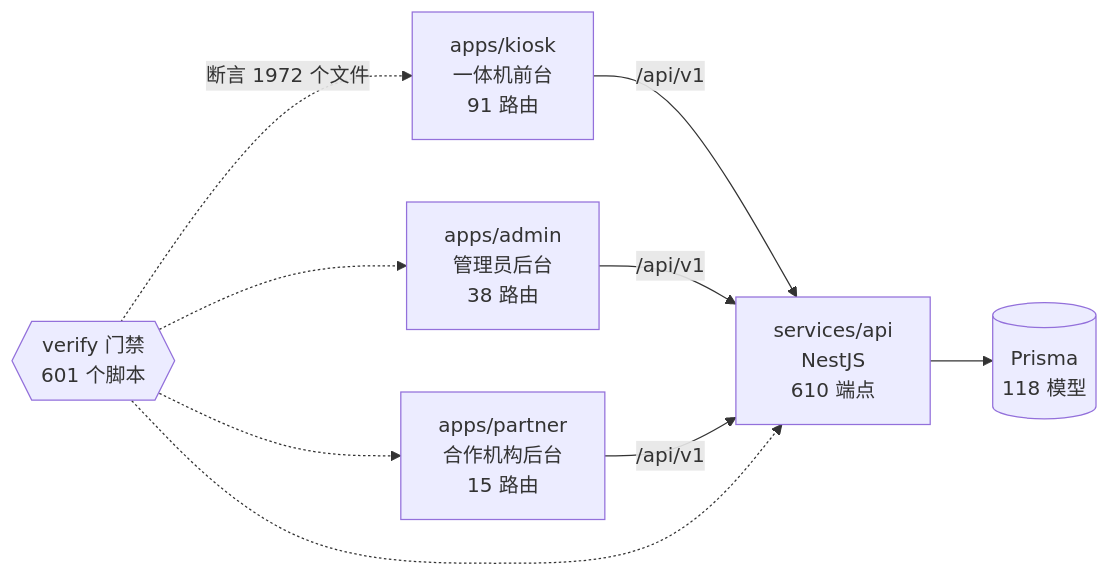
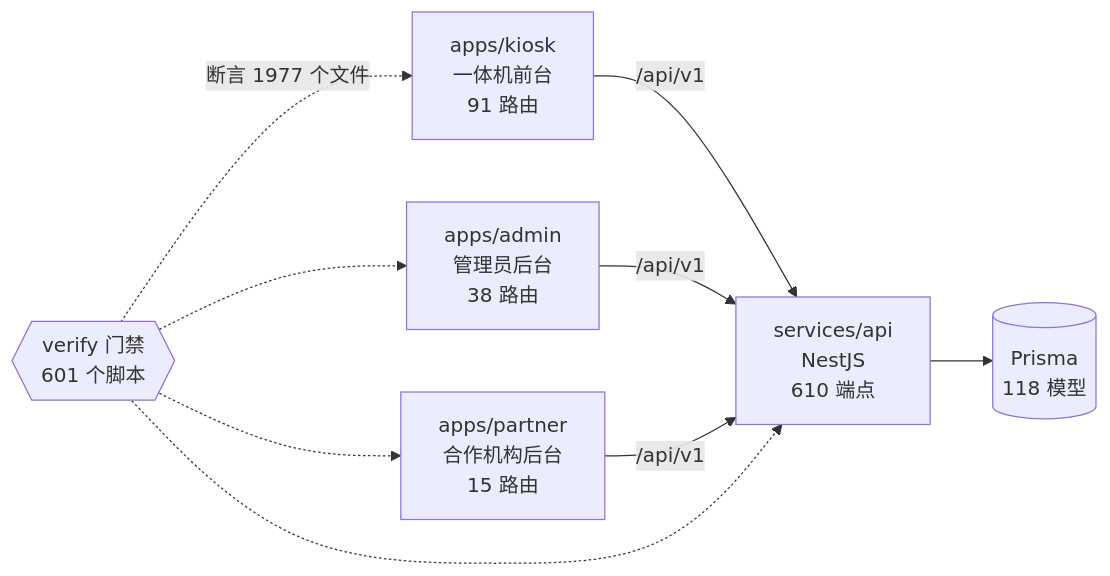
One commit to wanglei581/YITIJI changed the diagram in docs/graph/README.md. Above: the diagram before and after it, drawn with Mermaid. The commit also changed other lines of this file and 4 other files, not shown here.

Commit message:
一体机屏上扫描 K1b-1：补进度记录并重出项目图谱

````diff
--- a/docs/graph/README.md
+++ b/docs/graph/README.md
@@ -68,18 +68,18 @@
 ```mermaid
 flowchart LR
   kiosk["apps/kiosk<br/>一体机前台<br/>91 路由"]
   admin["apps/admin<br/>管理员后台<br/>38 路由"]
   partner["apps/partner<br/>合作机构后台<br/>15 路由"]
   api["services/api<br/>NestJS<br/>610 端点"]
   db[("Prisma<br/>118 模型")]
   gates{{"verify 门禁<br/>601 个脚本"}}
 
   kiosk -->|"/api/v1"| api
   admin -->|"/api/v1"| api
   partner -->|"/api/v1"| api
   api --> db
-  gates -.->|"断言 1972 个文件"| kiosk
+  gates -.->|"断言 1977 个文件"| kiosk
   gates -.-> admin
   gates -.-> partner
   gates -.-> api
 ```
````
